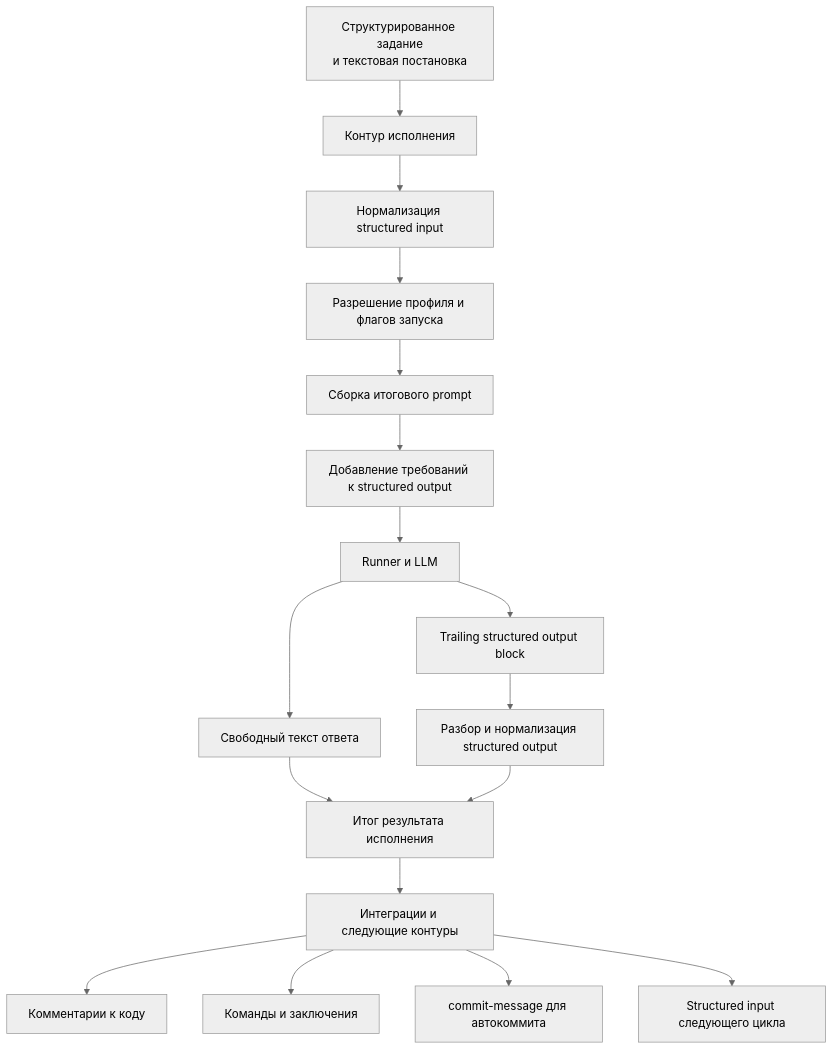
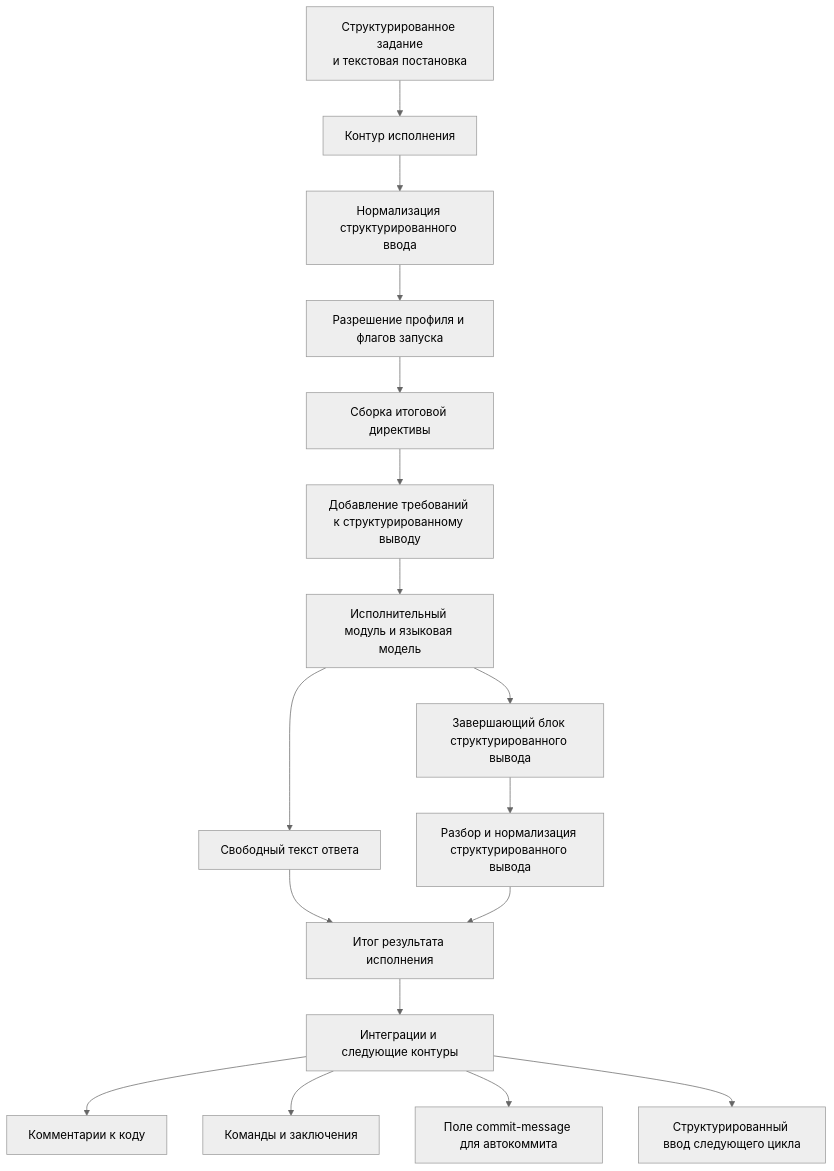
The diagram in docs/contours/execution/STRUCTURED_IO.md (rasungatullin/progress), drawn with Mermaid (neutral theme) before and after one commit. The commit also changed other lines of this file and 5 other files, not shown here.

````diff
--- a/docs/contours/execution/STRUCTURED_IO.md
+++ b/docs/contours/execution/STRUCTURED_IO.md
@@ -61,19 +61,19 @@
 ```mermaid
 flowchart TD
     A[Структурированное задание<br/>и текстовая постановка] --> B[Контур исполнения]
-    B --> C[Нормализация structured input]
+    B --> C[Нормализация структурированного ввода]
     C --> D[Разрешение профиля и флагов запуска]
-    D --> E[Сборка итогового prompt]
-    E --> F[Добавление требований к structured output]
-    F --> G[Runner и LLM]
+    D --> E[Сборка итоговой директивы]
+    E --> F[Добавление требований к структурированному выводу]
+    F --> G[Исполнительный модуль и языковая модель]
     G --> H[Свободный текст ответа]
-    G --> I[Trailing structured output block]
-    I --> J[Разбор и нормализация structured output]
+    G --> I[Завершающий блок структурированного вывода]
+    I --> J[Разбор и нормализация структурированного вывода]
     H --> K[Итог результата исполнения]
     J --> K
     K --> L[Интеграции и следующие контуры]
     L --> M[Комментарии к коду]
     L --> N[Команды и заключения]
-    L --> O[commit-message для автокоммита]
-    L --> P[Structured input следующего цикла]
+    L --> O[Поле commit-message для автокоммита]
+    L --> P[Структурированный ввод следующего цикла]
 ```
````
